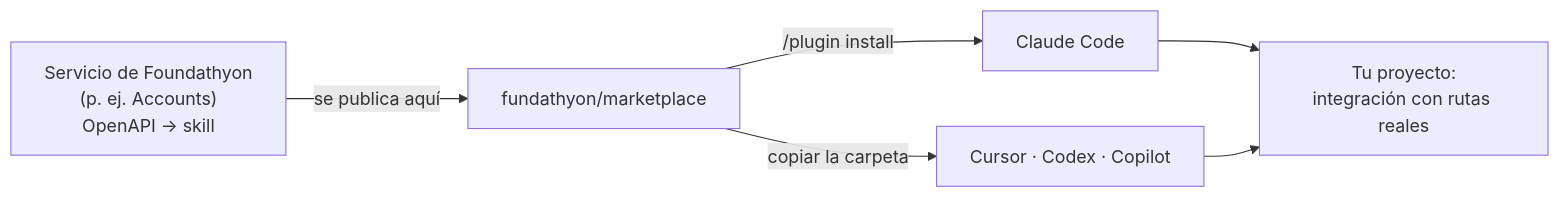
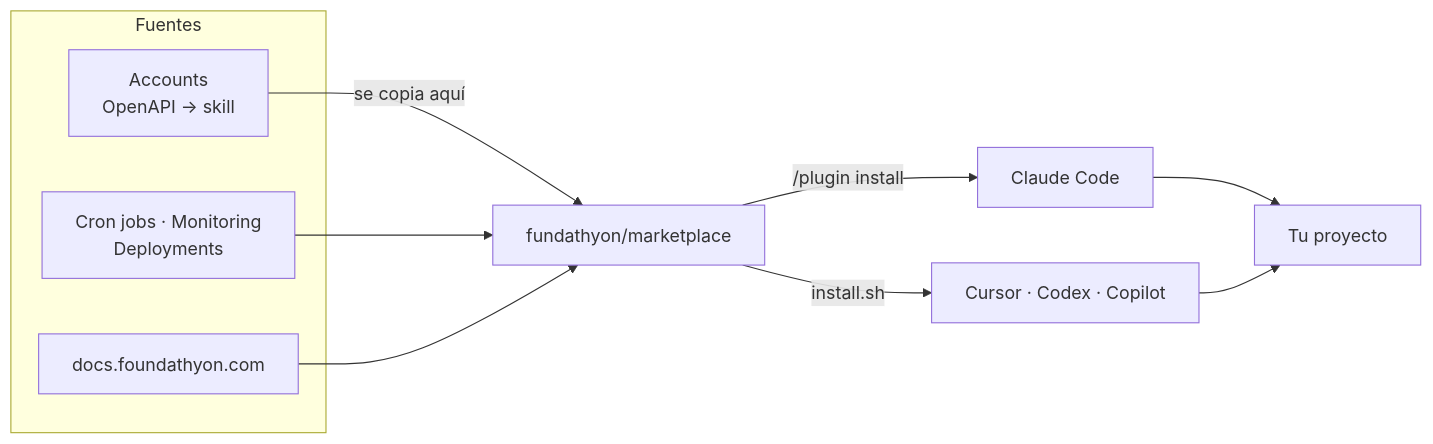
One commit to fundathyon/marketplace changed the first of 2 diagrams in README.md. Above: the diagram before and after it, drawn with Mermaid. The commit also changed other lines of this file and 1 other file, not shown here.

First line of the commit message:
docs: describe the segmented marketplace

````diff
--- a/README.md
+++ b/README.md
@@ -54,8 +39,15 @@
 ```mermaid
 flowchart LR
-    S["Servicio de Foundathyon<br/>(p. ej. Accounts)<br/>OpenAPI → skill"] -->|"se publica aquí"| M["fundathyon/marketplace"]
+    subgraph Fuentes
+      A["Accounts<br/>OpenAPI → skill"]
+      O["Cron jobs · Monitoring<br/>Deployments"]
+      D["docs.foundathyon.com"]
+    end
+    A -->|"se copia aquí"| M["fundathyon/marketplace"]
+    O --> M
+    D --> M
     M -->|"/plugin install"| CC["Claude Code"]
-    M -->|"copiar la carpeta"| OT["Cursor · Codex · Copilot"]
-    CC --> P["Tu proyecto:<br/>integración con rutas reales"]
+    M -->|"install.sh"| OT["Cursor · Codex · Copilot"]
+    CC --> P["Tu proyecto"]
     OT --> P
 ```
````
